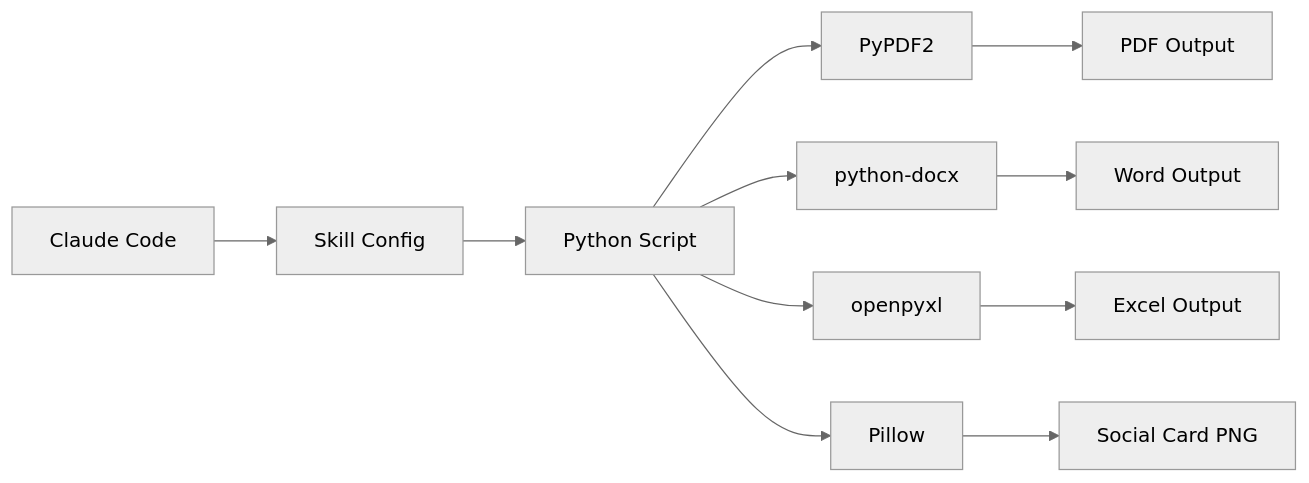
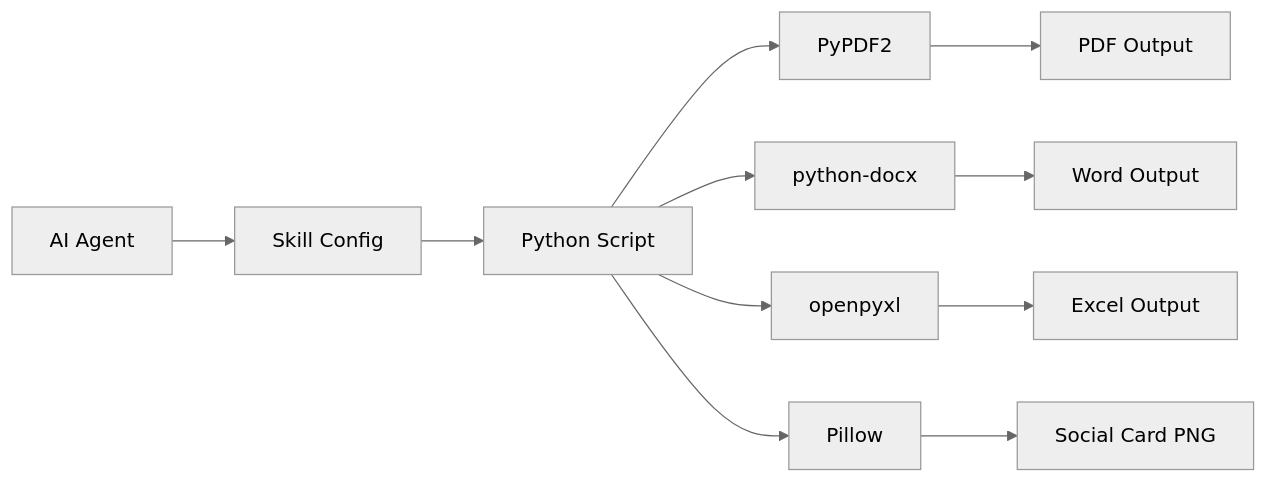
One commit to frankfika/agent-skills changed the diagram in README.md. Above: the diagram before and after it, drawn with Mermaid (neutral theme). The commit also changed other lines of this file and 1 other file, not shown here.

Commit message:
Rename project to Agent Skills

````diff
--- a/README.md
+++ b/README.md
@@ -121,13 +119,13 @@
 ```mermaid
 graph LR
-    A[Claude Code] --> B[Skill Config]
+    A[AI Agent] --> B[Skill Config]
     B --> C[Python Script]
     C --> D[PyPDF2]
     C --> E[python-docx]
     C --> F[openpyxl]
     C --> J[Pillow]
     D --> G[PDF Output]
     E --> H[Word Output]
     F --> I[Excel Output]
     J --> K[Social Card PNG]
 ```
````
